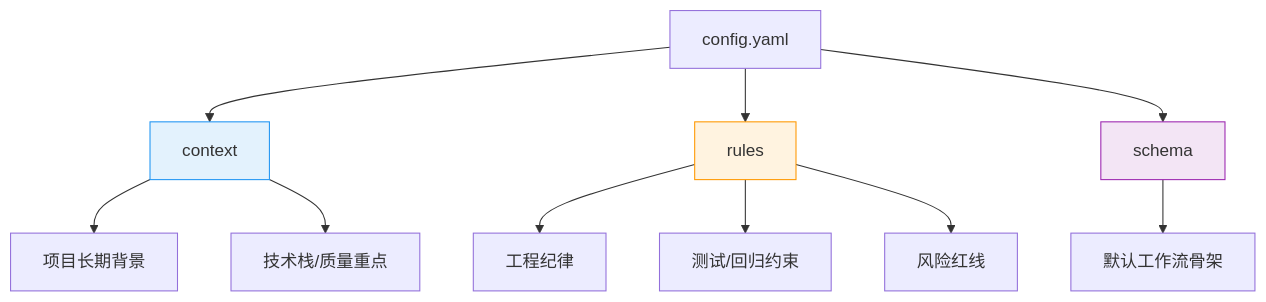
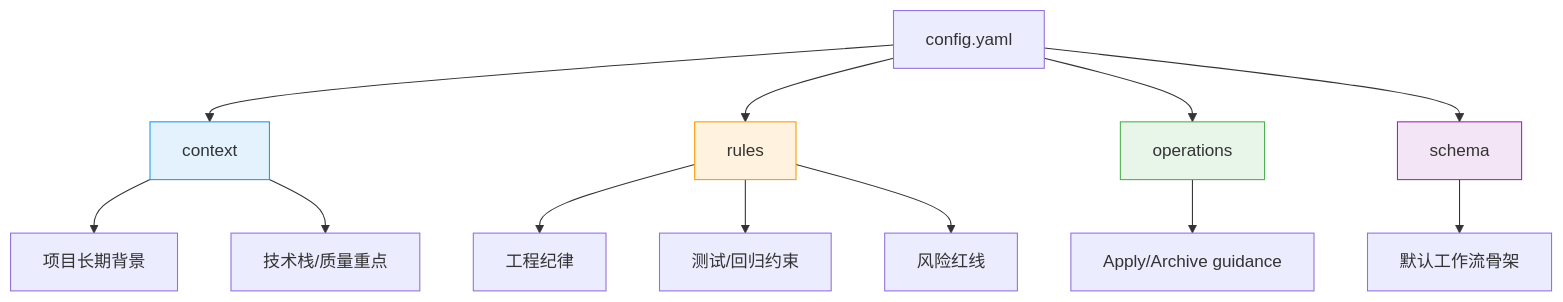
The diagram in _openspec_handbook/06-高级-config-yaml-怎么写到真正好用.md (ethan-jiang-3/OpenSpec), drawn with Mermaid before and after one commit. The commit also changed other lines of this file and 85 other files, not shown here.

````diff
--- a/_openspec_handbook/06-高级-config-yaml-怎么写到真正好用.md
+++ b/_openspec_handbook/06-高级-config-yaml-怎么写到真正好用.md
@@ -151,19 +162,22 @@
 ```mermaid
 graph TD
     A[config.yaml] --> B[context]
     A --> C[rules]
-    A --> D[schema]
+    A --> D[operations]
+    A --> E[schema]
 
     B --> B1[项目长期背景]
     B --> B2[技术栈/质量重点]
 
     C --> C1[工程纪律]
     C --> C2[测试/回归约束]
     C --> C3[风险红线]
 
-    D --> D1[默认工作流骨架]
+    D --> D1[Apply/Archive guidance]
+    E --> E1[默认工作流骨架]
 
     style B fill:#e3f2fd,stroke:#2196f3
     style C fill:#fff3e0,stroke:#ff9800
-    style D fill:#f3e5f5,stroke:#9c27b0
+    style D fill:#e8f5e9,stroke:#4caf50
+    style E fill:#f3e5f5,stroke:#9c27b0
 ```
````
